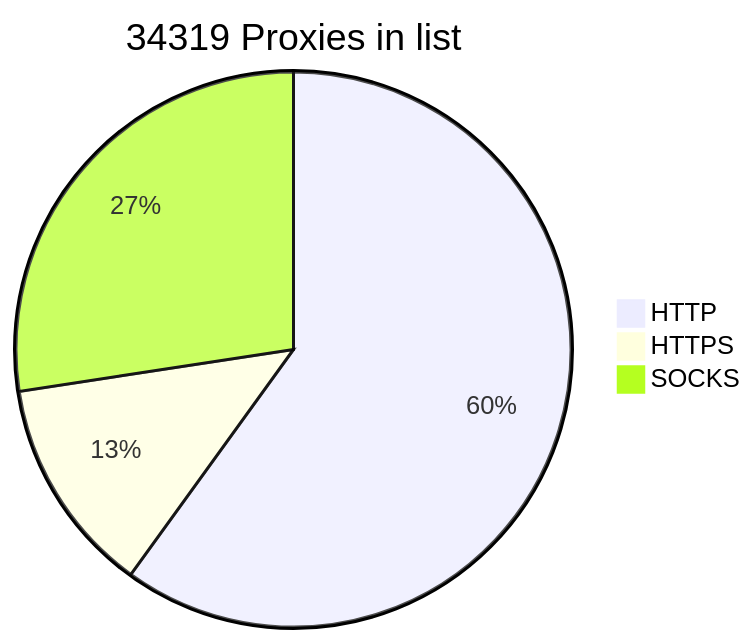
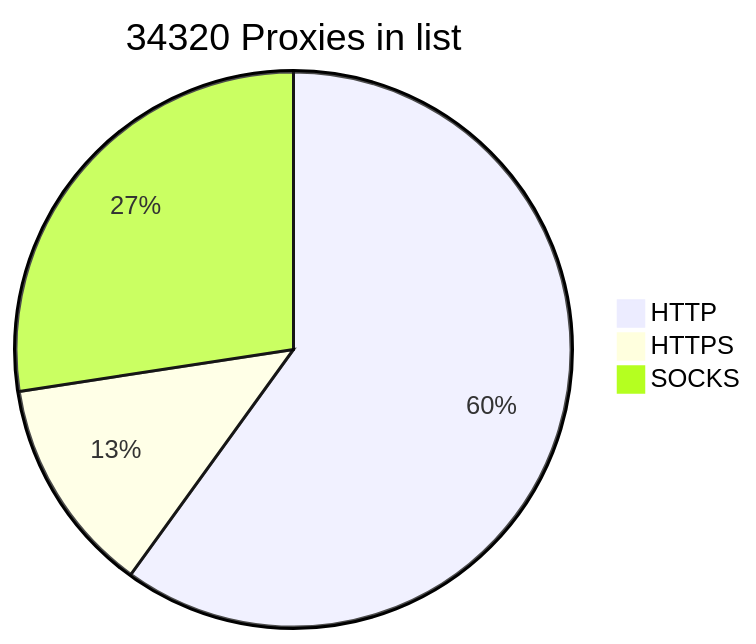
Before and after one commit to BlackSnowDot/proxylist-update-every-minute: the diagram in README.md, drawn with Mermaid.

````diff
--- a/README.md
+++ b/README.md
@@ -2,6 +2,6 @@
 ```mermaid
-pie title 34319 Proxies in list
+pie title 34320 Proxies in list
     "HTTP" : 22796
     "HTTPS": 4799
-    "SOCKS" : 10421
+    "SOCKS" : 10422
 ```
````
